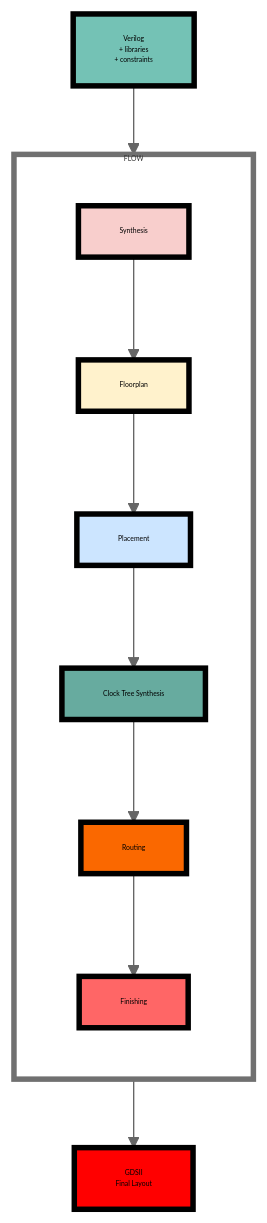
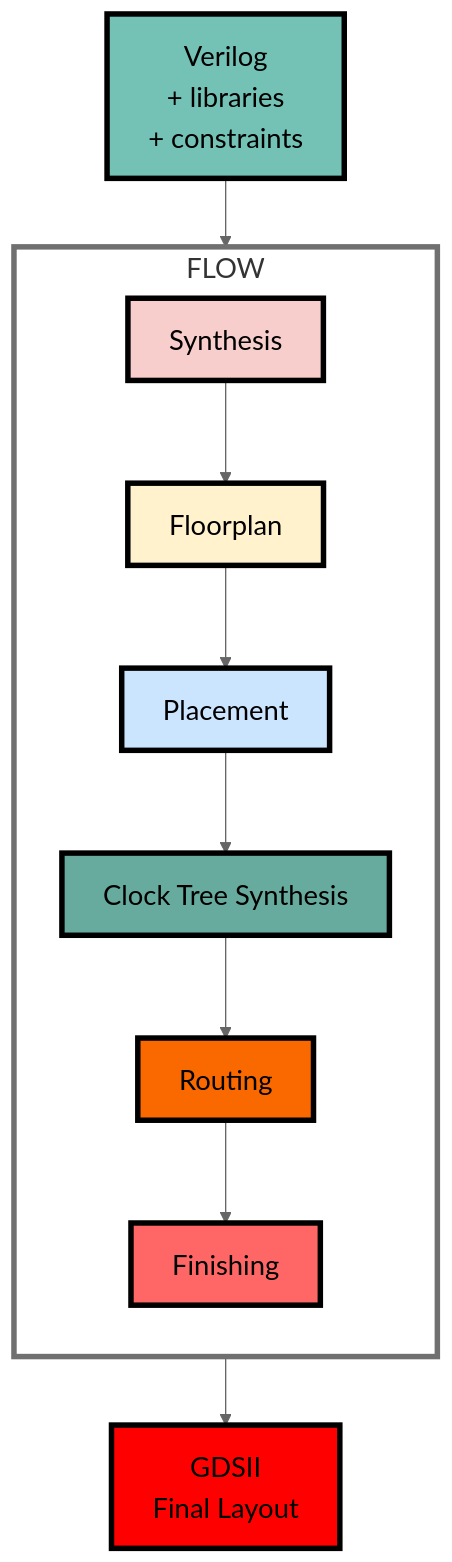
The first of 2 diagrams in README.md (The-OpenROAD-Project/OpenROAD), drawn with Mermaid before and after one commit. The commit also changed 1 other file, not shown here.

Commit message:
revert fontsize but change svg to png

````diff
--- a/README.md
+++ b/README.md
@@ -15,36 +15,36 @@
 ```mermaid
 %%{
   init: {
     'theme': 'neutral',
     'themeVariables': {
       'textColor': '#000000',
       'noteTextColor' : '#000000',
-      'fontSize': '5px'
+      'fontSize': '20px'
     }
   }
 }%%
 
 flowchart TB
     A[Verilog\n+ libraries\n + constraints] --> FLOW
     style A fill:#74c2b5,stroke:#000000,stroke-width:4px
     subgraph FLOW
     style FLOW fill:#FFFFFF00,stroke-width:4px
 
     direction TB
         B[Synthesis]
         B --> C[Floorplan] 
         C --> D[Placement]
         D --> E[Clock Tree Synthesis]
         E --> F[Routing]
         F --> G[Finishing]
         style B fill:#f8cecc,stroke:#000000,stroke-width:4px
         style C fill:#fff2cc,stroke:#000000,stroke-width:4px
         style D fill:#cce5ff,stroke:#000000,stroke-width:4px
         style E fill:#67ab9f,stroke:#000000,stroke-width:4px
         style F fill:#fa6800,stroke:#000000,stroke-width:4px
         style G fill:#ff6666,stroke:#000000,stroke-width:4px
     end
 
     FLOW --> H[GDSII\n Final Layout]
     style H fill:#ff0000,stroke:#000000,stroke-width:4px
 ```
````
